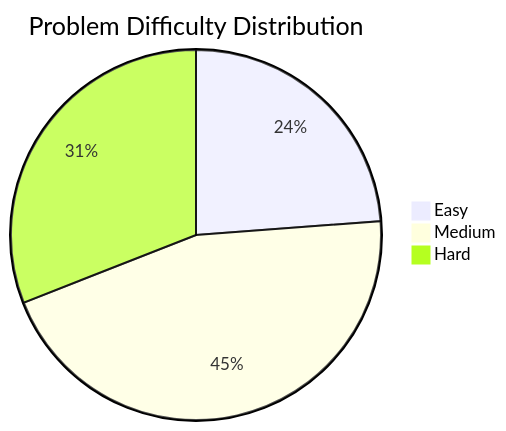
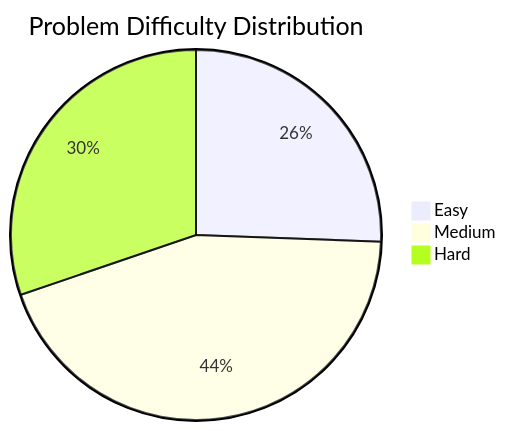
The first of 2 diagrams in JOURNAL.md (ernivani/leetcode-solutions), drawn with Mermaid before and after one commit. The commit also changed other lines of this file and 2 other files, not shown here.

````diff
--- a/JOURNAL.md
+++ b/JOURNAL.md
@@ -53,6 +54,6 @@
 ```mermaid
 pie title Problem Difficulty Distribution
-    "Easy" : 10
+    "Easy" : 11
     "Medium" : 19
     "Hard" : 13
 ```
````
